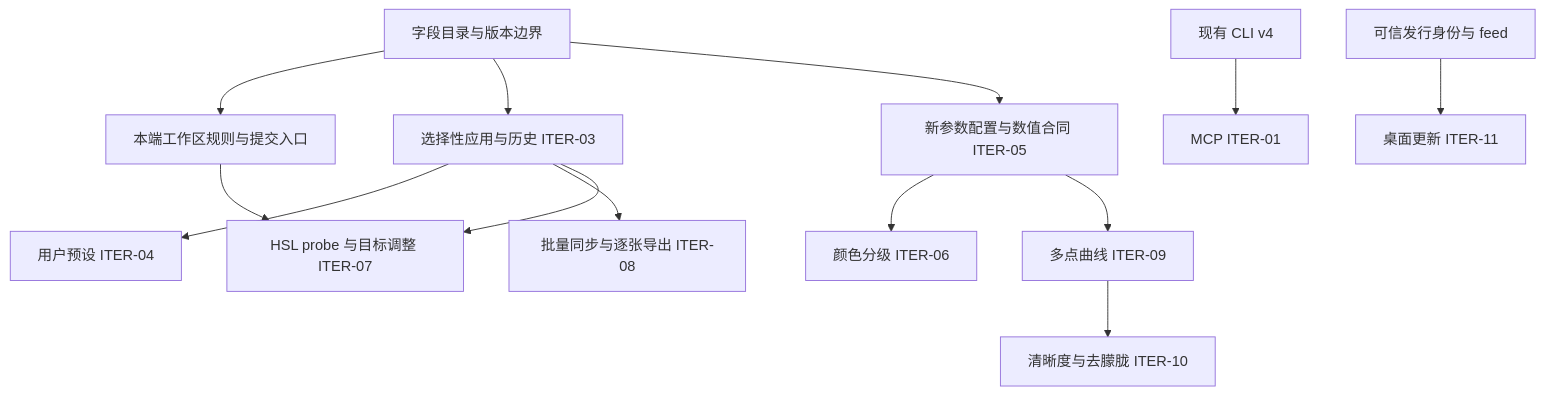
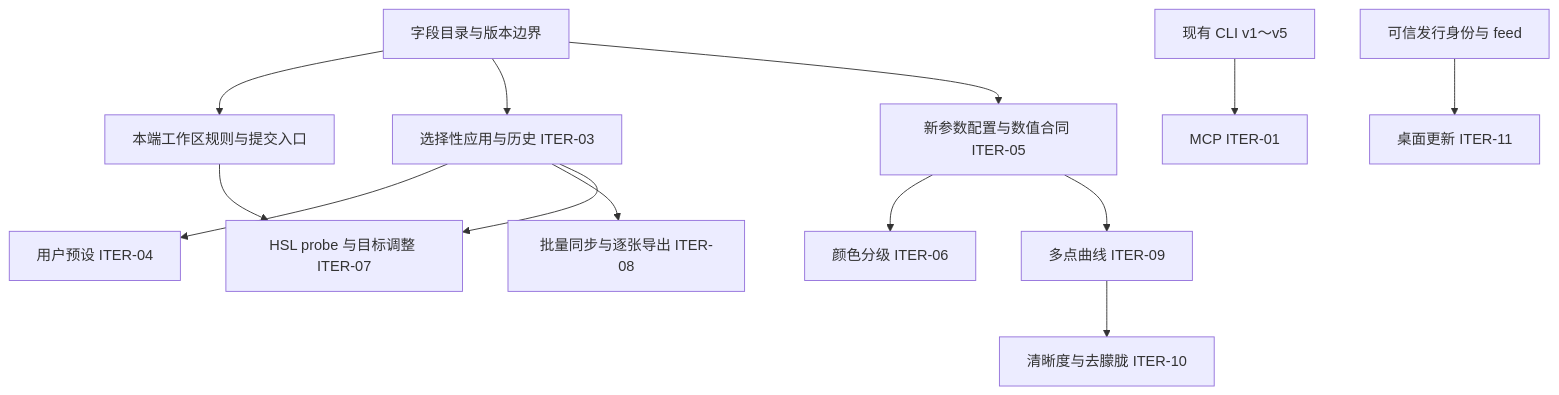
One commit to dancancer/RawLab changed the diagram in docs/integration/editing-iteration/README.md. Above: the diagram before and after it, drawn with Mermaid. The commit also changed 3 other files, not shown here.

````diff
--- a/docs/integration/editing-iteration/README.md
+++ b/docs/integration/editing-iteration/README.md
@@ -53,15 +53,15 @@
 ```mermaid
 flowchart TD
     I0[字段目录与版本边界] --> UI[本端工作区规则与提交入口]
     I0 --> P[选择性应用与历史 ITER-03]
     P --> U[用户预设 ITER-04]
     P --> B[批量同步与逐张导出 ITER-08]
     I0 --> T[新参数配置与数值合同 ITER-05]
     T --> G[颜色分级 ITER-06]
     T --> Q[多点曲线 ITER-09]
     Q --> A[清晰度与去朦胧 ITER-10]
     UI --> H[HSL probe 与目标调整 ITER-07]
     P --> H
-    CLI[现有 CLI v4] --> MCP[MCP ITER-01]
+    CLI[现有 CLI v1～v5] --> MCP[MCP ITER-01]
     Release[可信发行身份与 feed] --> Update[桌面更新 ITER-11]
 ```
````
